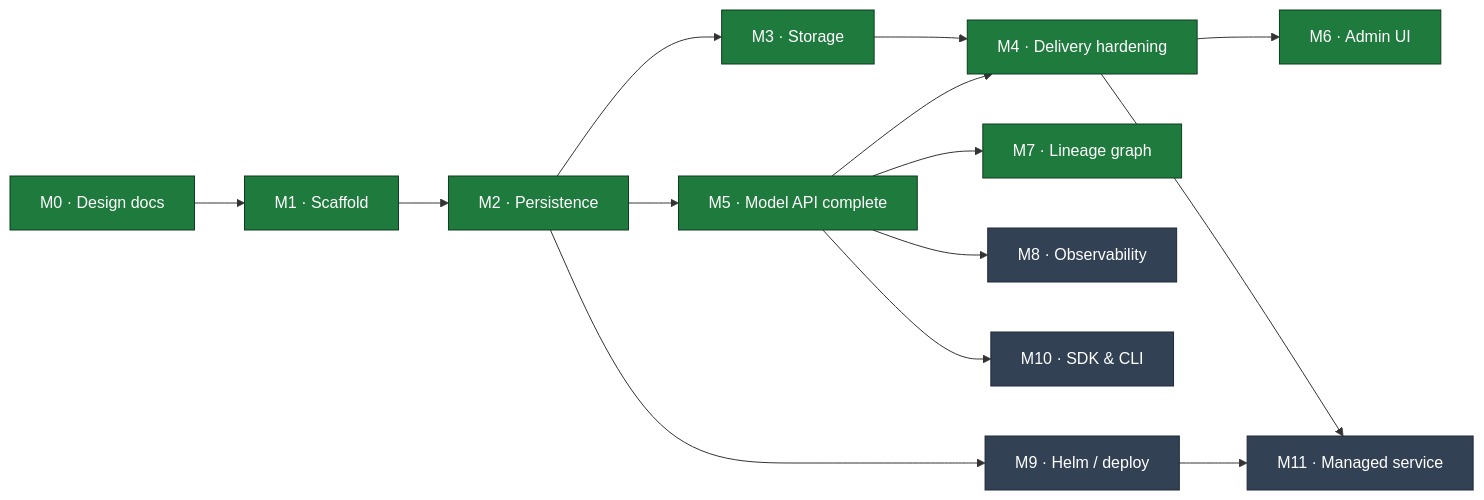
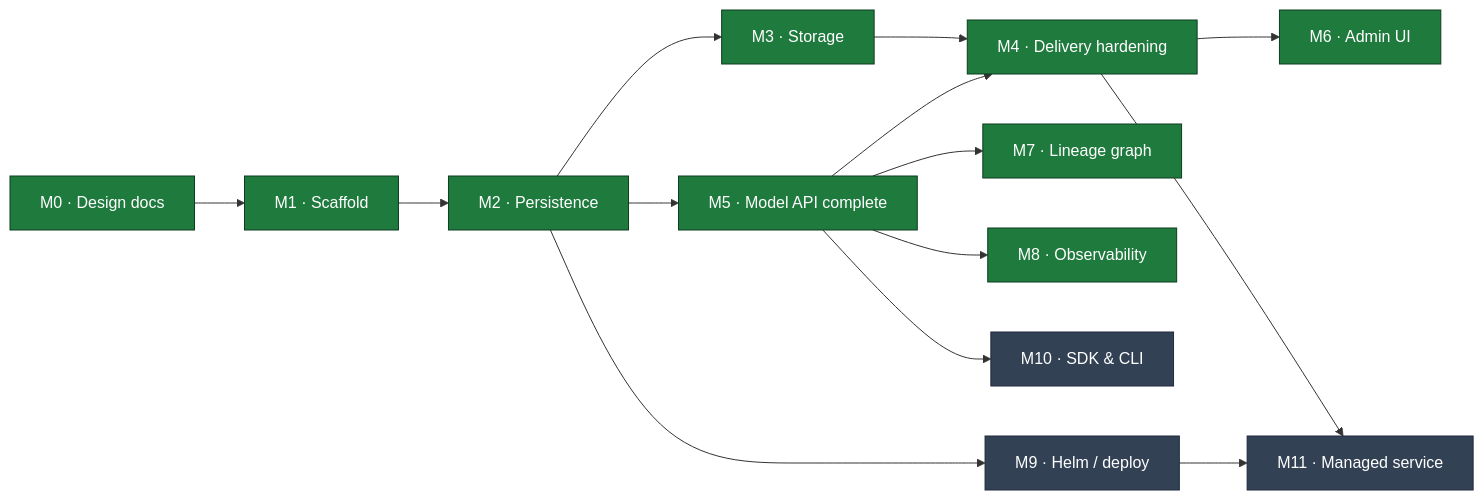
One commit to proseria-research/lineage changed the diagram in MILESTONES.md. Above: the diagram before and after it, drawn with Mermaid. The commit also changed other lines of this file and 15 other files, not shown here.

````diff
--- a/MILESTONES.md
+++ b/MILESTONES.md
@@ -11,22 +11,22 @@
 ```mermaid
 flowchart LR
     M0["M0 · Design docs"] --> M1["M1 · Scaffold"]
     M1 --> M2["M2 · Persistence"]
     M2 --> M3["M3 · Storage"]
     M2 --> M5["M5 · Model API complete"]
     M3 --> M4["M4 · Delivery hardening"]
     M5 --> M4
     M5 --> M7["M7 · Lineage graph"]
     M4 --> M6["M6 · Admin UI"]
     M5 --> M8["M8 · Observability"]
     M2 --> M9["M9 · Helm / deploy"]
     M5 --> M10["M10 · SDK & CLI"]
     M9 --> M11["M11 · Managed service"]
     M4 --> M11
 
     classDef done fill:#1f7a3d,stroke:#0d3d1e,color:#fff;
     classDef active fill:#b45309,stroke:#7c3a06,color:#fff;
     classDef todo fill:#334155,stroke:#1e293b,color:#fff;
-    class M0,M1,M2,M3,M4,M5,M6,M7 done;
-    class M8,M9,M10,M11 todo;
+    class M0,M1,M2,M3,M4,M5,M6,M7,M8 done;
+    class M9,M10,M11 todo;
 ```
````
